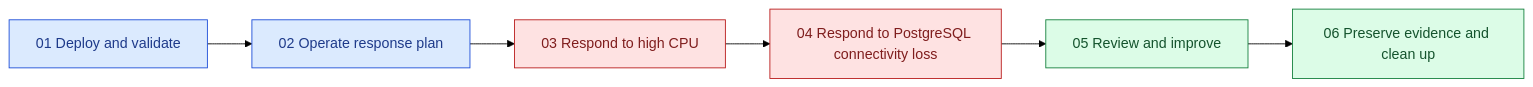
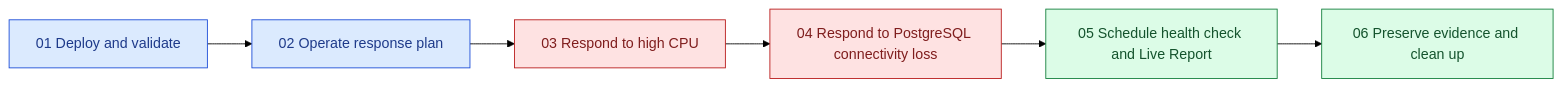
One commit to charliekw411/sre-agent-workshop changed the second of 2 diagrams in docs/index.md. Above: the diagram before and after it, drawn with Mermaid (forest theme). The commit also changed other lines of this file and 16 other files, not shown here.

First line of the commit message:
Add scheduled health check and Live Report as Module 05

````diff
--- a/docs/index.md
+++ b/docs/index.md
@@ -99,17 +102,17 @@
 ```mermaid
 flowchart LR
     M1[01 Deploy and validate]
     M1 --> M2[02 Operate response plan]
     M2 --> M3[03 Respond to high CPU]
     M3 --> M4[04 Respond to PostgreSQL connectivity loss]
-    M4 --> M5[05 Review and improve]
+    M4 -->     M5[05 Schedule health check and Live Report]
     M5 --> M6[06 Preserve evidence and clean up]
 
     classDef setup fill:#dbeafe,stroke:#1d4ed8,color:#1e3a8a
     classDef incident fill:#fee2e2,stroke:#b91c1c,color:#7f1d1d
     classDef learn fill:#dcfce7,stroke:#15803d,color:#14532d
 
     class M1,M2 setup
     class M3,M4 incident
     class M5,M6 learn
 ```
````
